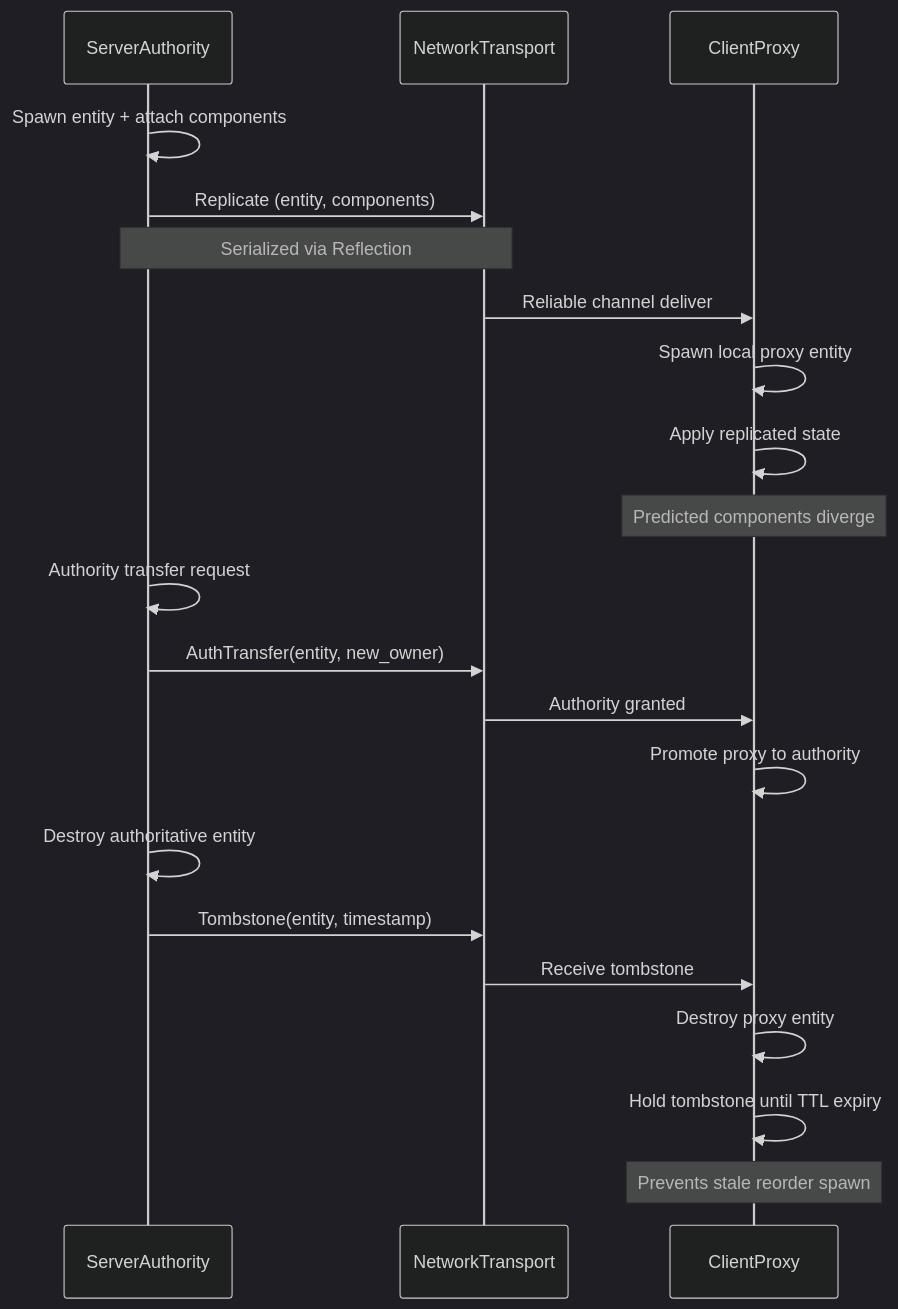
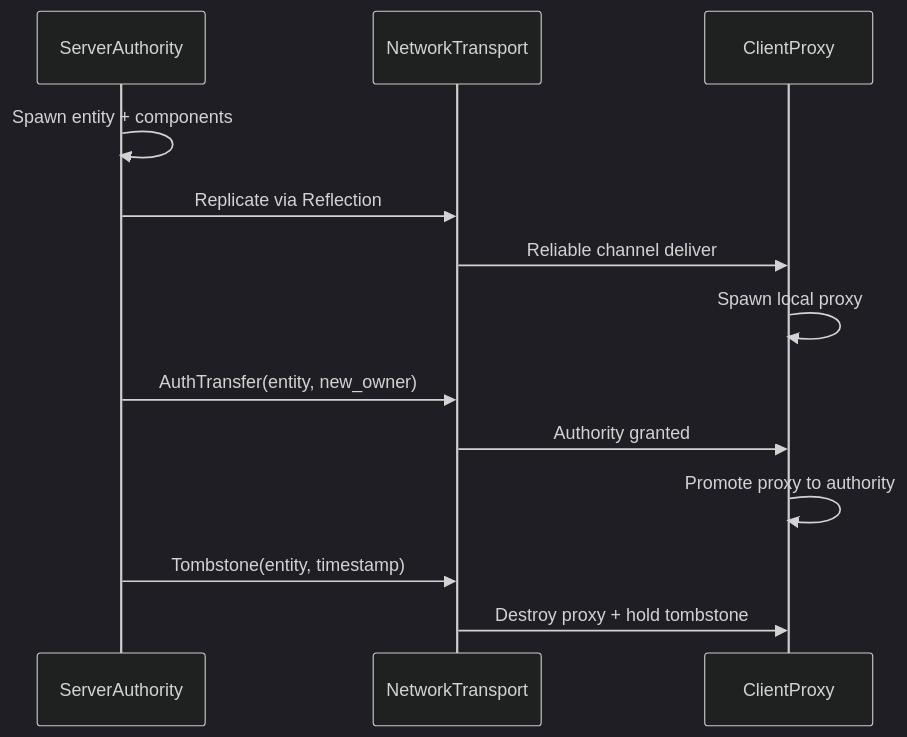
Diagram 14 of 15 in docs/architecture.md (harmonius-dev/harmonius), drawn with Mermaid (dark theme) before and after one commit. The commit also changed other lines of this file and 229 other files, not shown here.

````diff
--- a/docs/architecture.md
+++ b/docs/architecture.md
@@ -1410,27 +1409,18 @@
 ```mermaid
 sequenceDiagram
     participant SA as ServerAuthority
     participant NT as NetworkTransport
     participant CP as ClientProxy
 
-    SA->>SA: Spawn entity + attach components
-    SA->>NT: Replicate (entity, components)
-    Note over SA,NT: Serialized via Reflection
+    SA->>SA: Spawn entity + components
+    SA->>NT: Replicate via Reflection
+    NT->>CP: Reliable channel deliver
+    CP->>CP: Spawn local proxy
 
-    NT->>CP: Reliable channel deliver
-    CP->>CP: Spawn local proxy entity
-    CP->>CP: Apply replicated state
-    Note over CP: Predicted components diverge
-
-    SA->>SA: Authority transfer request
     SA->>NT: AuthTransfer(entity, new_owner)
     NT->>CP: Authority granted
     CP->>CP: Promote proxy to authority
 
-    SA->>SA: Destroy authoritative entity
     SA->>NT: Tombstone(entity, timestamp)
-    NT->>CP: Receive tombstone
-    CP->>CP: Destroy proxy entity
-    CP->>CP: Hold tombstone until TTL expiry
-    Note over CP: Prevents stale reorder spawn
+    NT->>CP: Destroy proxy + hold tombstone
 ```
````
